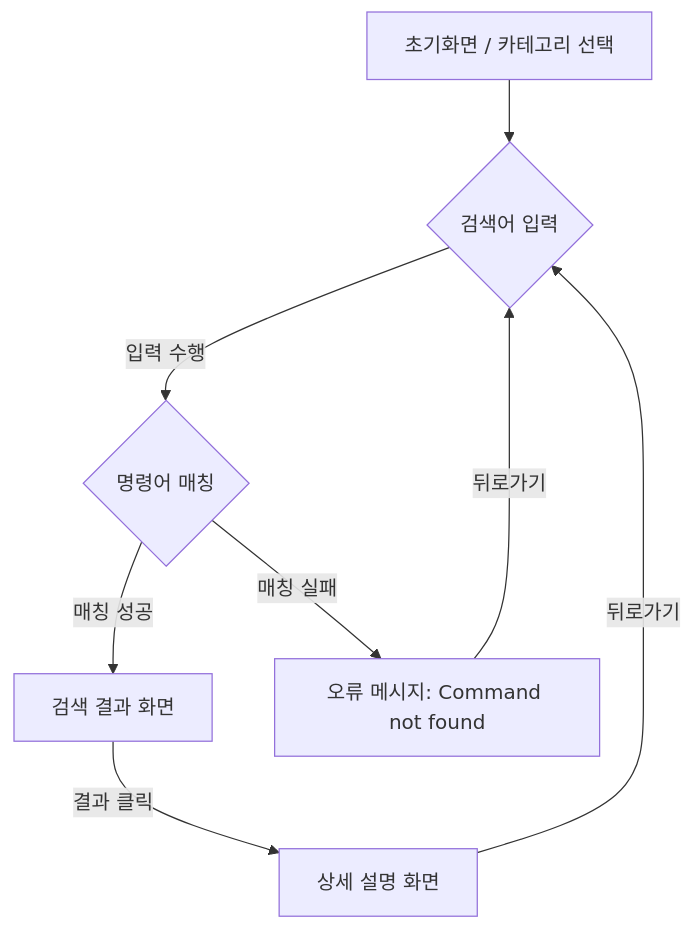
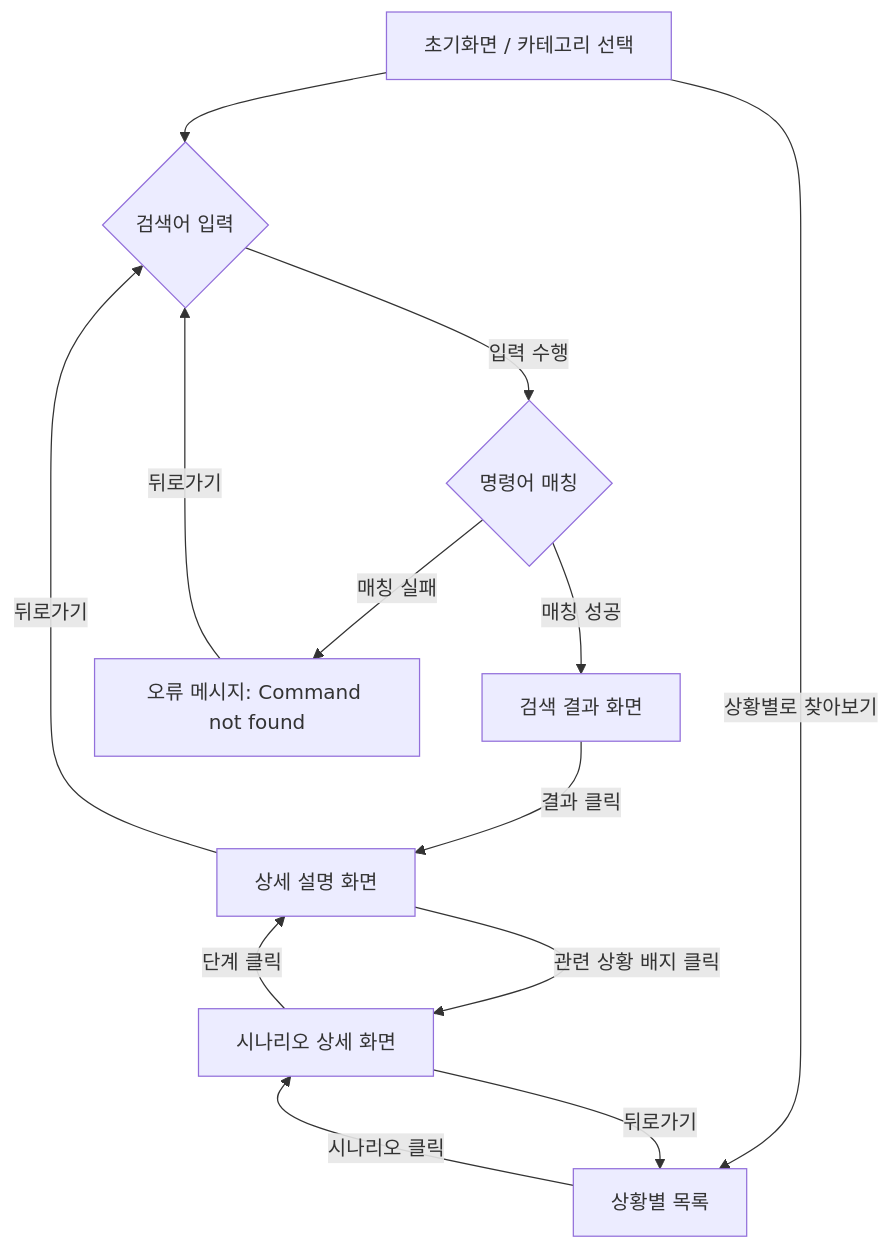
One commit to Mureung1/hub-showcase changed the first of 2 diagrams in docs/plan.md. Above: the diagram before and after it, drawn with Mermaid. The commit also changed other lines of this file and 7 other files, not shown here.

Commit message:
docs: 프로젝트 문서 최신화 및 아키텍처/화면 흐름 다이어그램 추가

````diff
--- a/docs/plan.md
+++ b/docs/plan.md
@@ -49,10 +49,15 @@
 ```mermaid
 graph TD
     A[초기화면 / 카테고리 선택] --> B{검색어 입력}
+    A -->|상황별로 찾아보기| S[상황별 목록]
     B -->|입력 수행| C{명령어 매칭}
     C -->|매칭 성공| D[검색 결과 화면]
     D -->|결과 클릭| E[상세 설명 화면]
     C -->|매칭 실패| F[오류 메시지: Command not found]
+    S -->|시나리오 클릭| T[시나리오 상세 화면]
+    T -->|단계 클릭| E
+    E -->|관련 상황 배지 클릭| T
     E -->|뒤로가기| B
     F -->|뒤로가기| B
+    T -->|뒤로가기| S
 ```
````
